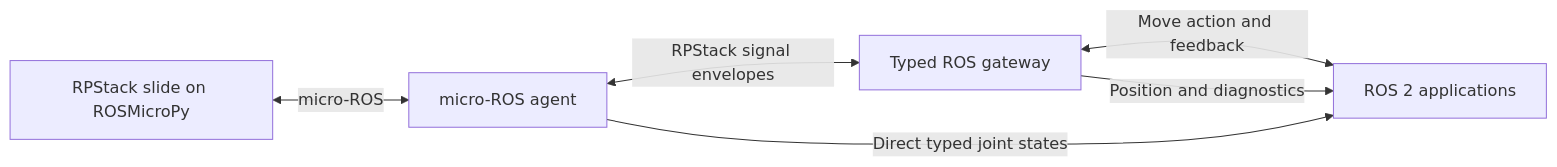
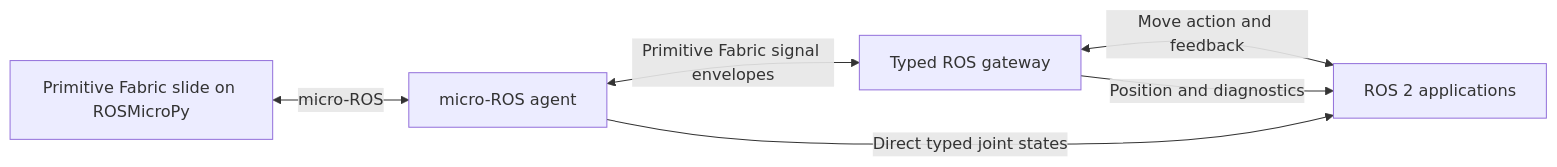
The diagram in docs/content/ros-integration.md (ROSMicroPy/RobotPrimitivesStack), drawn with Mermaid before and after one commit. The commit also changed other lines of this file and 569 other files, not shown here.

First line of the commit message:
Align Primitive Fabric code and documentation around Actors and Behaviors (#8)

````diff
--- a/docs/content/ros-integration.md
+++ b/docs/content/ros-integration.md
@@ -14,8 +14,8 @@
 ```mermaid
 flowchart LR
-    Device[RPStack slide on ROSMicroPy] <-->|micro-ROS| Agent[micro-ROS agent]
-    Agent <-->|RPStack signal envelopes| Gateway[Typed ROS gateway]
-    Gateway <-->|Move action and feedback| Apps[ROS 2 applications]
-    Agent -->|Direct typed joint states| Apps
-    Gateway -->|Position and diagnostics| Apps
+    Device[Primitive Fabric slide on ROSMicroPy] <-->|micro-ROS| Agent[micro-ROS agent]
+    Agent <-->|Primitive Fabric signal envelopes| Gateway[Typed ROS gateway]
+    Gateway <-->|Move action and feedback| Actors[ROS 2 applications]
+    Agent -->|Direct typed joint states| Actors
+    Gateway -->|Position and diagnostics| Actors
 ```
````
